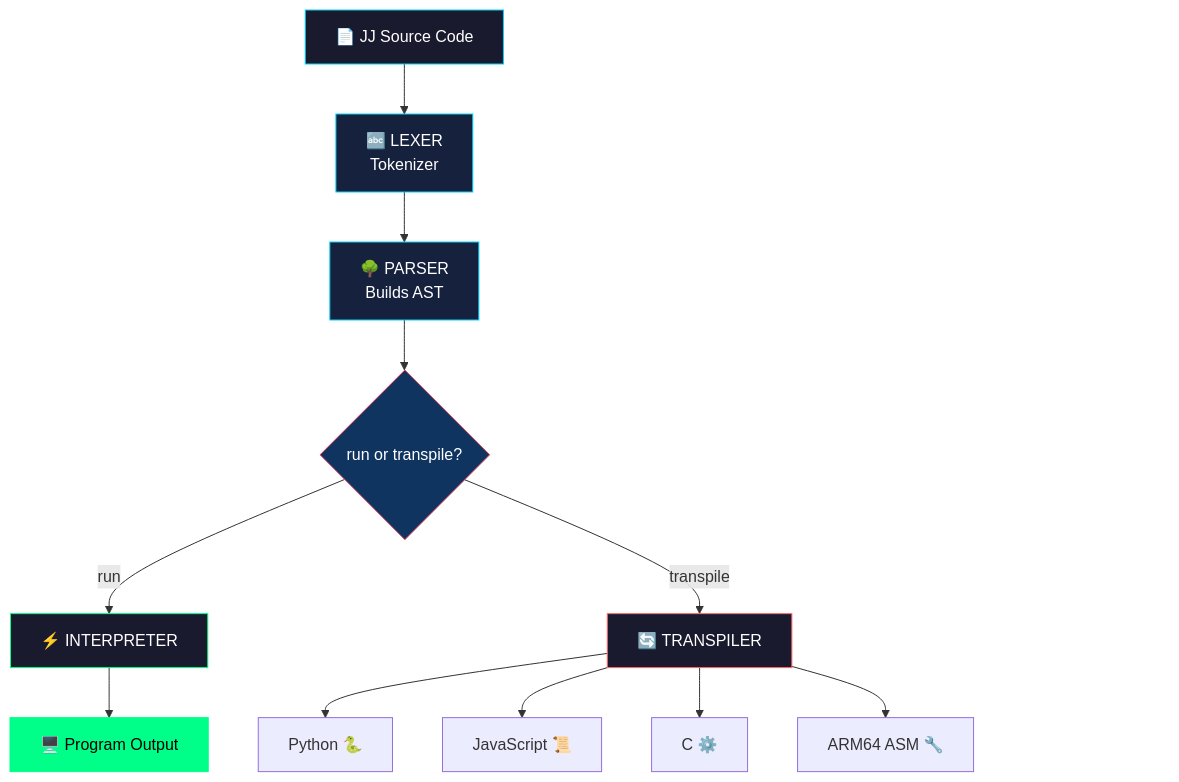
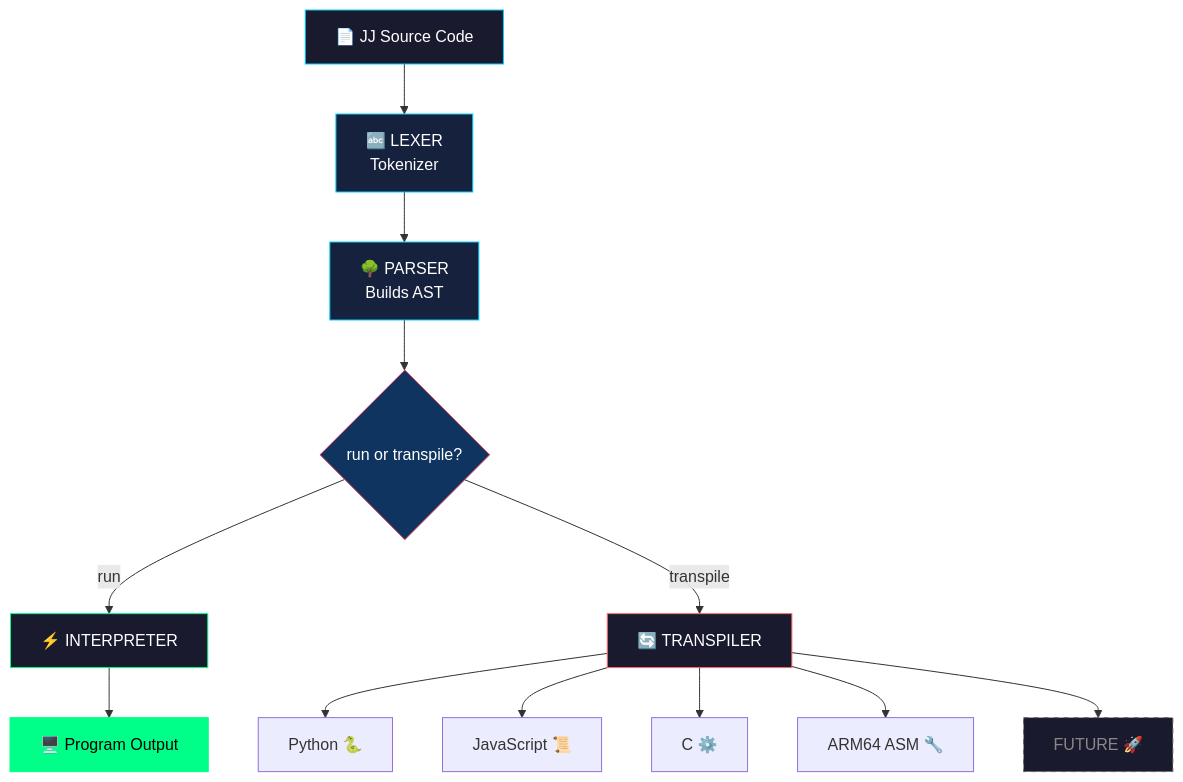
One commit to SuperBox64/JibberJabber changed the diagram in README.md. Above: the diagram before and after it, drawn with Mermaid.

Commit message:
Change phantom node to FUTURE transpiler target

````diff
--- a/README.md
+++ b/README.md
@@ -350,26 +350,26 @@
 ```mermaid
 flowchart TD
     A[📄 JJ Source Code] --> B[🔤 LEXER<br>Tokenizer]
     B --> C[🌳 PARSER<br>Builds AST]
     C --> D{run or transpile?}
 
     D -->|run| E[⚡ INTERPRETER]
     E --> F[🖥️ Program Output]
 
     D -->|transpile| G[🔄 TRANSPILER]
     G --> H[Python 🐍]
     G --> I[JavaScript 📜]
     G --> J[C ⚙️]
     G --> K[ARM64 ASM 🔧]
-    G ~~~ L[" ​ ​ ​ ​ ​ ​ ​ ​ ​ ​ ​ ​ ​ ​ ​ ​ ​ ​ ​ ​ "]
+    G --> L[FUTURE 🚀]
 
-    style L fill:none,stroke:none,color:none
+    style L fill:#1a1a2e,stroke:#666,color:#888,stroke-dasharray: 5 5
 
     style A fill:#1a1a2e,stroke:#00d4ff,color:#fff
     style B fill:#16213e,stroke:#00d4ff,color:#fff
     style C fill:#16213e,stroke:#00d4ff,color:#fff
     style D fill:#0f3460,stroke:#e94560,color:#fff
     style E fill:#1a1a2e,stroke:#00ff88,color:#fff
     style F fill:#00ff88,stroke:#00ff88,color:#000
     style G fill:#1a1a2e,stroke:#ff6b6b,color:#fff
 ```
````
